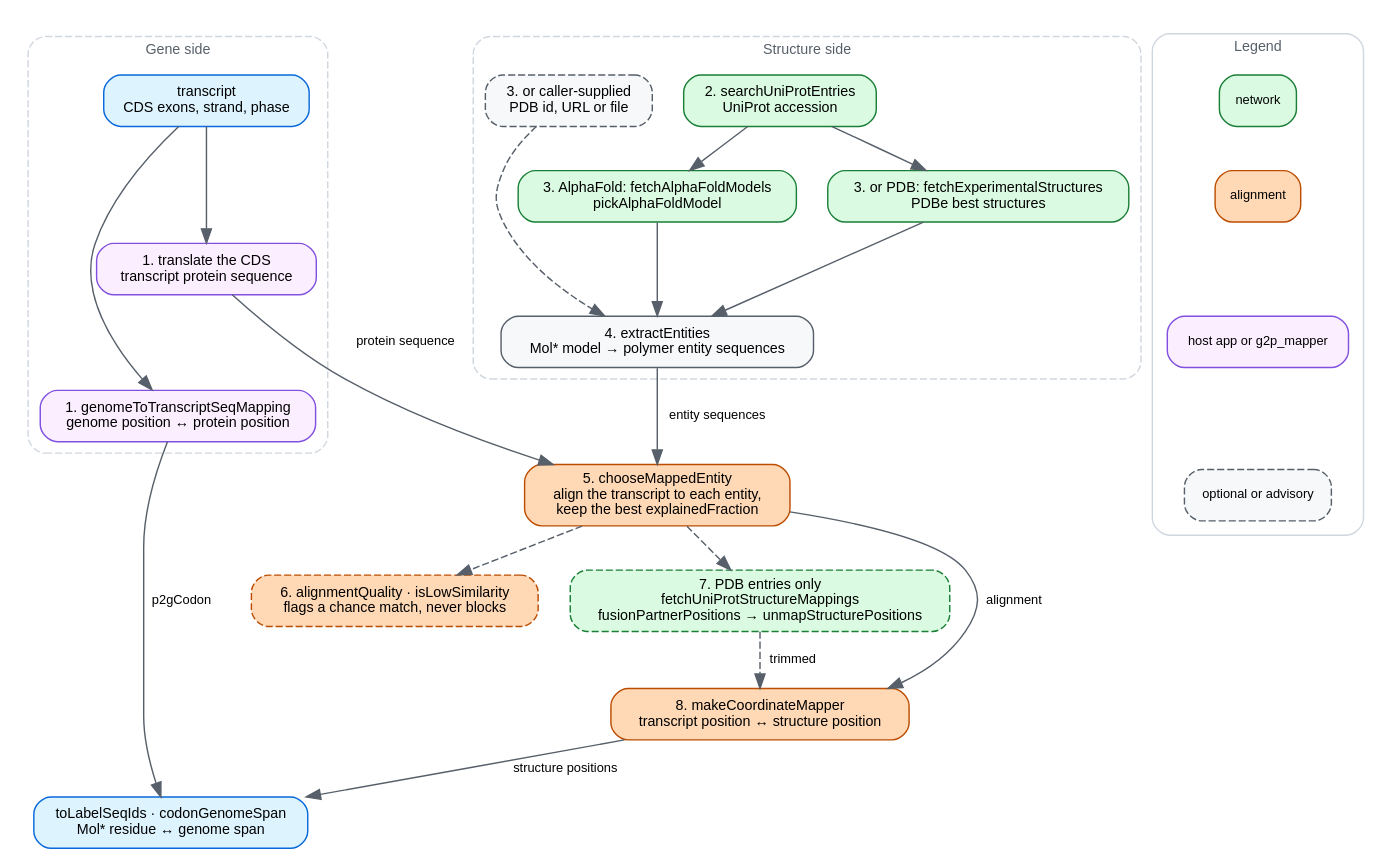
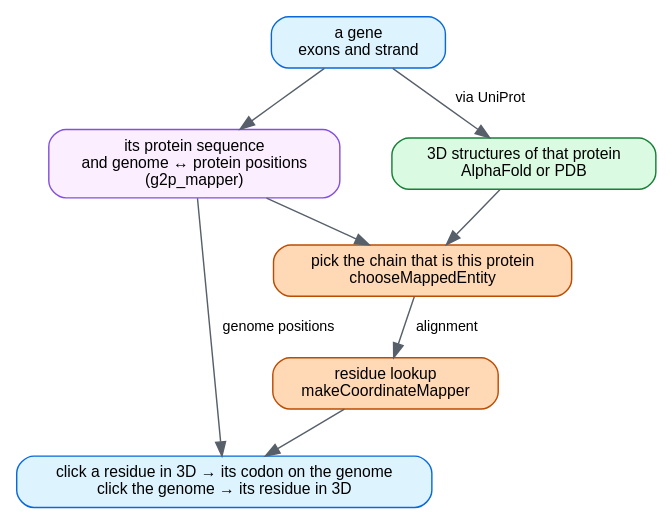
Before and after one commit to GMOD/p2s_mapper: the diagram in docs/img/pipeline.dot, drawn with Graphviz. The commit also changed 2 other files, not shown here.

Commit message:
docs: cut the pipeline flowchart to the main path

```diff
--- a/docs/img/pipeline.dot
+++ b/docs/img/pipeline.dot
@@ -1,90 +1,32 @@
 // Source for docs/img/pipeline.svg, which docs/pipeline.md and the README embed.
 // Regenerate with: dot -Tsvg docs/img/pipeline.dot -o docs/img/pipeline.svg
 //
-// Main path only: how a transcript and a structure meet at chooseMappedEntity.
-// Step numbers match the list in docs/pipeline.md.
+// Deliberately the MAIN PATH only. The quality check, the SIFTS trim and the
+// choice of structure source are in docs/pipeline.md instead: a diagram that
+// shows every branch stops being the thing you look at first.
 //
-// SYNC: palette, legend and font sizes follow ~/src/gmod/bam-js/docs/img/dataflow.dot
-// (entry/exit blue, I/O green, compute orange, outside this package purple).
+// SYNC: palette follows ~/src/gmod/bam-js/docs/img/dataflow.dot.
 digraph p2smapper {
   rankdir=TB
-  newrank=true
   bgcolor="white"
-  nodesep=0.3
-  ranksep=0.4
+  nodesep=0.5
+  ranksep=0.45
   node [shape=box style="filled,rounded" fillcolor="#f6f8fa" color="#57606a"
-        fontname="Helvetica" fontsize=10 margin="0.14,0.07"]
-  edge [color="#57606a" fontname="Helvetica" fontsize=9]
+        fontname="Helvetica" fontsize=11 margin="0.18,0.09"]
+  edge [color="#57606a" fontname="Helvetica" fontsize=10]
 
-  subgraph cluster_gene {
-    label="Gene side"
-    labelloc="t"
-    fontname="Helvetica"
-    fontsize=10
-    fontcolor="#57606a"
-    color="#d0d7de"
-    style="rounded,dashed"
-    transcript [label="transcript\nCDS exons, strand, phase" fillcolor="#ddf4ff" color="#0969da"]
-    translate  [label="1. translate the CDS\ntranscript protein sequence" fillcolor="#fbefff" color="#8250df"]
-    g2p        [label="1. genomeToTranscriptSeqMapping\ngenome position ↔ protein position" fillcolor="#fbefff" color="#8250df"]
-  }
+  gene      [label="a gene\nexons and strand" fillcolor="#ddf4ff" color="#0969da"]
+  protein   [label="its protein sequence\nand genome ↔ protein positions\n(g2p_mapper)" fillcolor="#fbefff" color="#8250df"]
+  structure [label="3D structures of that protein\nAlphaFold or PDB" fillcolor="#dafbe1" color="#1a7f37"]
+  chain     [label="pick the chain that is this protein\nchooseMappedEntity" fillcolor="#ffd8b5" color="#bc4c00"]
+  lookup    [label="residue lookup\nmakeCoordinateMapper" fillcolor="#ffd8b5" color="#bc4c00"]
+  result    [label="click a residue in 3D → its codon on the genome\nclick the genome → its residue in 3D" fillcolor="#ddf4ff" color="#0969da"]
 
-  subgraph cluster_struct {
-    label="Structure side"
-    labelloc="t"
-    fontname="Helvetica"
-    fontsize=10
-    fontcolor="#57606a"
-    color="#d0d7de"
-    style="rounded,dashed"
-    uniprot [label="2. searchUniProtEntries\nUniProt accession" fillcolor="#dafbe1" color="#1a7f37"]
-    af      [label="3. AlphaFold: fetchAlphaFoldModels\npickAlphaFoldModel" fillcolor="#dafbe1" color="#1a7f37"]
-    pdb     [label="3. or PDB: fetchExperimentalStructures\nPDBe best structures" fillcolor="#dafbe1" color="#1a7f37"]
-    own     [label="3. or caller-supplied\nPDB id, URL or file" style="filled,rounded,dashed"]
-    entities [label="4. extractEntities\nMol* model → polymer entity sequences"]
-  }
-
-  match  [label="5. chooseMappedEntity\nalign the transcript to each entity,\nkeep the best explainedFraction" fillcolor="#ffd8b5" color="#bc4c00"]
-  check  [label="6. alignmentQuality · isLowSimilarity\nflags a chance match, never blocks" style="filled,rounded,dashed" fillcolor="#ffd8b5" color="#bc4c00"]
-  sifts  [label="7. PDB entries only\nfetchUniProtStructureMappings\nfusionPartnerPositions → unmapStructurePositions" style="filled,rounded,dashed" fillcolor="#dafbe1" color="#1a7f37"]
-  mapper [label="8. makeCoordinateMapper\ntranscript position ↔ structure position" fillcolor="#ffd8b5" color="#bc4c00"]
-  result [label="toLabelSeqIds · codonGenomeSpan\nMol* residue ↔ genome span" fillcolor="#ddf4ff" color="#0969da"]
-
-  transcript -> translate
-  transcript -> g2p
-  transcript -> uniprot [style=invis]
-  uniprot -> af
-  uniprot -> pdb
-  af -> entities
-  pdb -> entities
-  own -> entities [style=dashed]
-
-  translate -> match [label=" protein sequence "]
-  entities -> match [label=" entity sequences "]
-  match -> check [style=dashed]
-  match -> sifts [style=dashed]
-  match -> mapper [label=" alignment "]
-  sifts -> mapper [style=dashed label=" trimmed "]
-  mapper -> result [label=" structure positions "]
-  g2p -> result [label=" p2gCodon "]
-
-  {rank=same; transcript; uniprot; own}
-  {rank=same; check; sifts}
-
-  subgraph cluster_legend {
-    label="Legend"
-    labelloc="t"
-    fontname="Helvetica"
-    fontsize=10
-    fontcolor="#57606a"
-    color="#d0d7de"
-    style="rounded"
-    margin=10
-    node [shape=box style="filled,rounded" fontsize=9 margin="0.1,0.04"]
-    l1 [label="network" fillcolor="#dafbe1" color="#1a7f37"]
-    l2 [label="alignment" fillcolor="#ffd8b5" color="#bc4c00"]
-    l3 [label="host app or g2p_mapper" fillcolor="#fbefff" color="#8250df"]
-    l4 [label="optional or advisory" style="filled,rounded,dashed"]
-    l1 -> l2 -> l3 -> l4 [style=invis]
-  }
+  gene -> protein
+  gene -> structure [label=" via UniProt "]
+  protein -> chain
+  structure -> chain
+  chain -> lookup [label=" alignment "]
+  lookup -> result
+  protein -> result [label=" genome positions "]
 }
```
